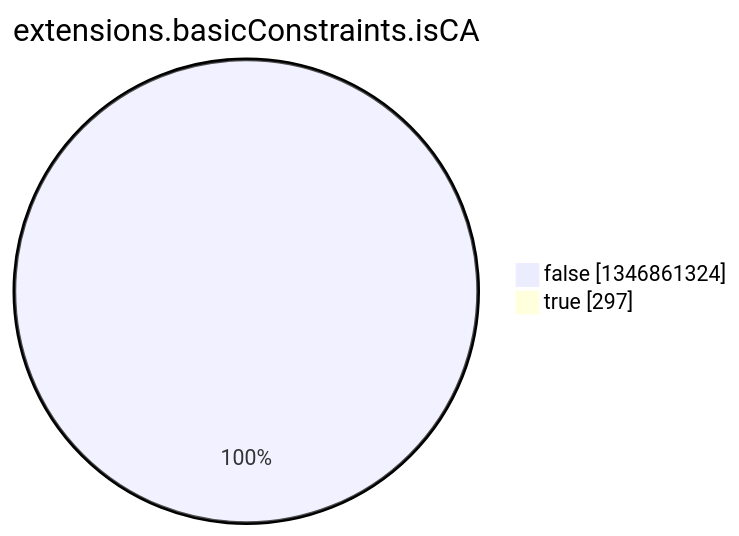
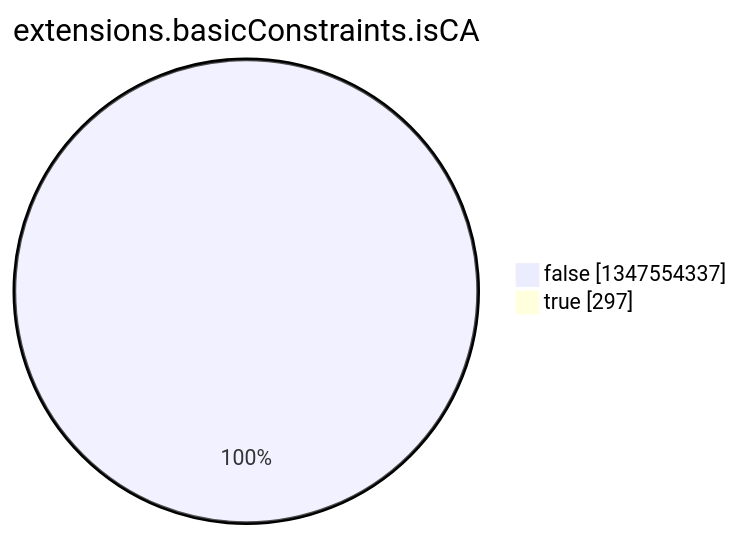
One commit to christiankrug/ctmonitor_visualization changed the eighth of 15 diagrams in argon2022/README.md. Above: the diagram before and after it, drawn with Mermaid. The commit also changed other lines of this file, not shown here.

````diff
--- a/argon2022/README.md
+++ b/argon2022/README.md
@@ -2758,6 +2758,6 @@
 ```mermaid
 pie showData
 title extensions.basicConstraints.isCA
-"false" :1346861324
+"false" :1347554337
 "true" :297
 ```
````
